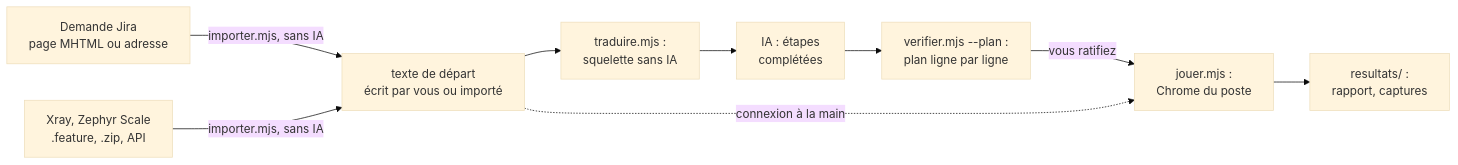
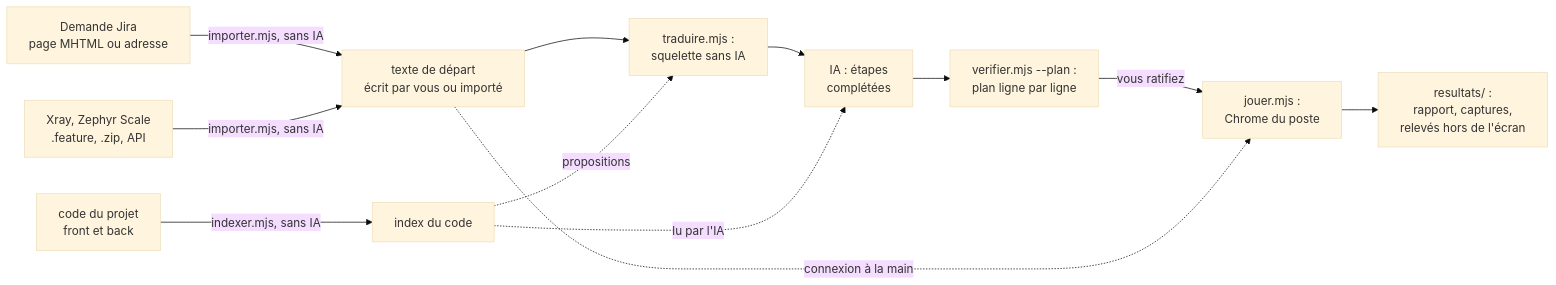
Before and after one commit to FredGarcia/Agent2Prompt: the diagram in docs/scenario-playwright/mode-emploi.md, drawn with Mermaid (base theme). The commit also changed other lines of this file and 23 other files, not shown here.

First line of the commit message:
spec(scenario-playwright): version 1.3.0, index du code du projet et vérifications hors de l'écran

````diff
--- a/docs/scenario-playwright/mode-emploi.md
+++ b/docs/scenario-playwright/mode-emploi.md
@@ -5,11 +5,14 @@
 ```mermaid
 flowchart LR
   JI["Demande Jira<br/>page MHTML ou adresse"] -->|"importer.mjs, sans IA"| V
   XZ["Xray, Zephyr Scale<br/>.feature, .zip, API"] -->|"importer.mjs, sans IA"| V
   V["texte de départ<br/>écrit par vous ou importé"] --> T["traduire.mjs :<br/>squelette sans IA"]
+  C["code du projet<br/>front et back"] -->|"indexer.mjs, sans IA"| X["index du code"]
+  X -.->|"propositions"| T
   T --> IA["IA : étapes<br/>complétées"]
+  X -.->|"lu par l'IA"| IA
   IA --> P["verifier.mjs --plan :<br/>plan ligne par ligne"]
   P -->|"vous ratifiez"| J["jouer.mjs :<br/>Chrome du poste"]
   V -.->|"connexion à la main"| J
-  J --> R["resultats/ :<br/>rapport, captures"]
+  J --> R["resultats/ :<br/>rapport, captures,<br/>relevés hors de l'écran"]
 ```
````
